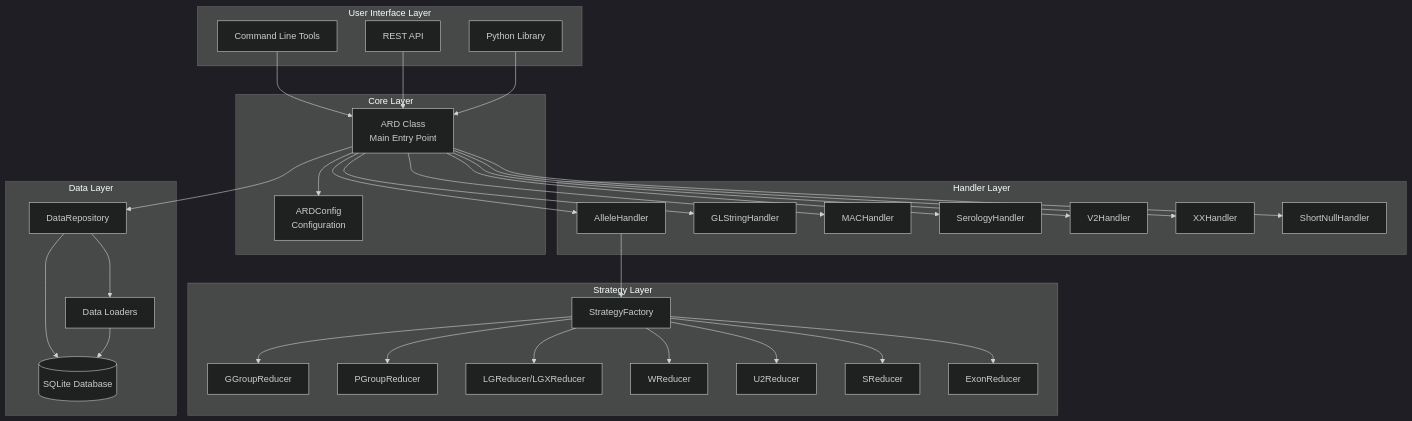
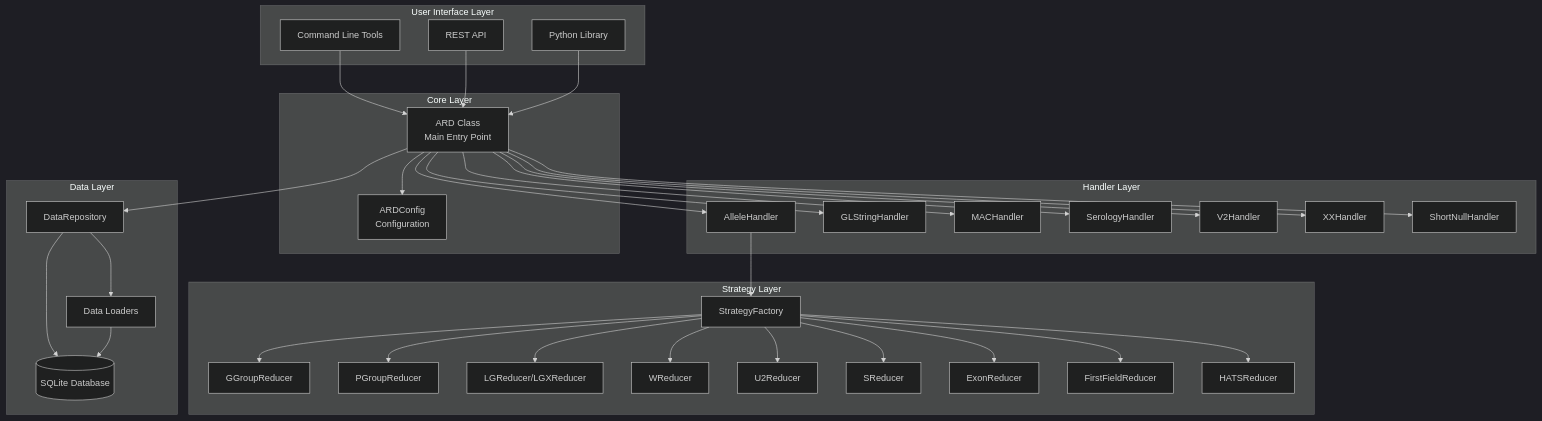
The first of 12 diagrams in ARCHITECTURE.md (nmdp-bioinformatics/py-ard), drawn with Mermaid (dark theme) before and after one commit. The commit also changed other lines of this file and 1 other file, not shown here.

Commit message:
Update documentation for 1F and HATS reducers.

````diff
--- a/ARCHITECTURE.md
+++ b/ARCHITECTURE.md
@@ -36,66 +36,70 @@
 ```mermaid
 graph TB
     subgraph "User Interface Layer"
         CLI[Command Line Tools]
         API[REST API]
         LIB[Python Library]
     end
 
     subgraph "Core Layer"
         ARD[ARD Class<br/>Main Entry Point]
         CONFIG[ARDConfig<br/>Configuration]
     end
 
     subgraph "Handler Layer"
         ALLELE[AlleleHandler]
         GL[GLStringHandler]
         MAC[MACHandler]
         SERO[SerologyHandler]
         V2[V2Handler]
         XX[XXHandler]
         SN[ShortNullHandler]
     end
 
     subgraph "Strategy Layer"
         FACTORY[StrategyFactory]
         G[GGroupReducer]
         P[PGroupReducer]
         LG[LGReducer/LGXReducer]
         W[WReducer]
         U2[U2Reducer]
         S[SReducer]
         EXON[ExonReducer]
+        1F[FirstFieldReducer]
+        HATS[HATSReducer]
     end
 
     subgraph "Data Layer"
         DR[DataRepository]
         DB[(SQLite Database)]
         LOADER[Data Loaders]
     end
 
     CLI --> ARD
     API --> ARD
     LIB --> ARD
     ARD --> CONFIG
     ARD --> ALLELE
     ARD --> GL
     ARD --> MAC
     ARD --> SERO
     ARD --> V2
     ARD --> XX
     ARD --> SN
 
     ALLELE --> FACTORY
     FACTORY --> G
     FACTORY --> P
     FACTORY --> LG
     FACTORY --> W
     FACTORY --> U2
     FACTORY --> S
     FACTORY --> EXON
+    FACTORY --> 1F
+    FACTORY --> HATS
 
     ARD --> DR
     DR --> DB
     DR --> LOADER
     LOADER --> DB
 ```
````
